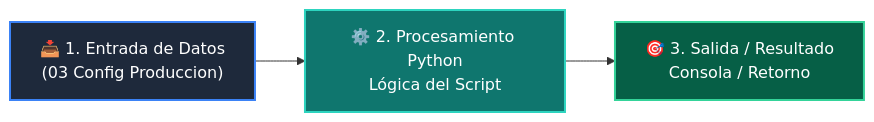
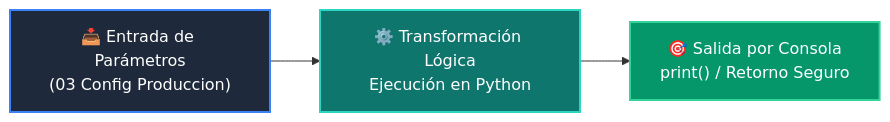
The diagram in 04-proyecto-final/clase-08-despliegue-cicd-portafolio/ejemplos/ejemplo_03_config_produccion/README.md (wisrovi/wisrovi-python), drawn with Mermaid before and after one commit. The commit also changed other lines of this file and 226 other files, not shown here.

Commit message:
docs: elevate all repository READMEs to world-class mastery standard with rich pedagogical architecture, custom Mermaids, and professional styling

````diff
--- a/04-proyecto-final/clase-08-despliegue-cicd-portafolio/ejemplos/ejemplo_03_config_produccion/README.md
+++ b/04-proyecto-final/clase-08-despliegue-cicd-portafolio/ejemplos/ejemplo_03_config_produccion/README.md
@@ -12,9 +19,9 @@
 ```mermaid
 flowchart LR
-    A["📥 1. Entrada de Datos<br/>(03 Config Produccion)"] --> B["⚙️ 2. Procesamiento Python<br/>Lógica del Script"]
-    B --> C["🎯 3. Salida / Resultado<br/>Consola / Retorno"]
+    A["📥 Entrada de Parámetros<br/>(03 Config Produccion)"] --> B["⚙️ Transformación Lógica<br/>Ejecución en Python"]
+    B --> C["🎯 Salida por Consola<br/>print() / Retorno Seguro"]
 
-    style A fill:#1e293b,color:#fff,stroke:#3b82f6,stroke-width:2px
-    style B fill:#0f766e,color:#fff,stroke:#2dd4bf,stroke-width:2px
-    style C fill:#065f46,color:#fff,stroke:#34d399,stroke-width:2px
+    style A fill:#1e293b,color:#ffffff,stroke:#3b82f6,stroke-width:2px
+    style B fill:#0f766e,color:#ffffff,stroke:#2dd4bf,stroke-width:2px
+    style C fill:#059669,color:#ffffff,stroke:#34d399,stroke-width:2px
 ```
````
